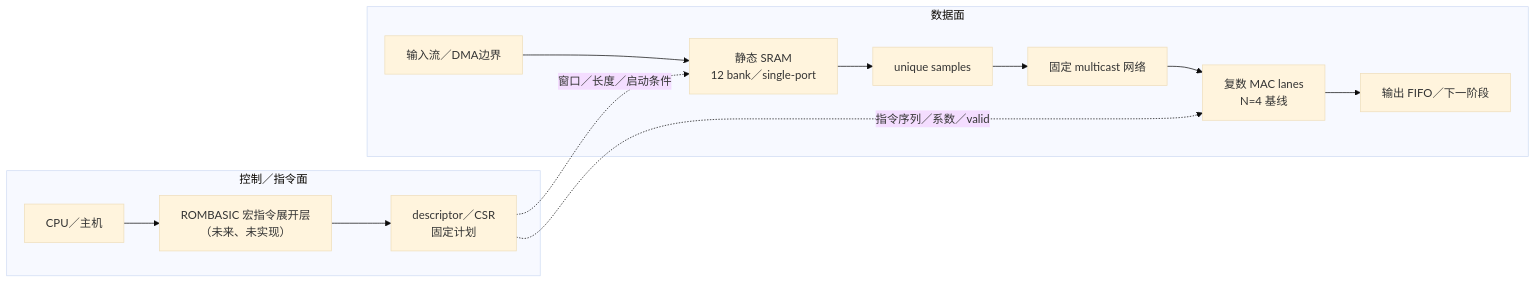
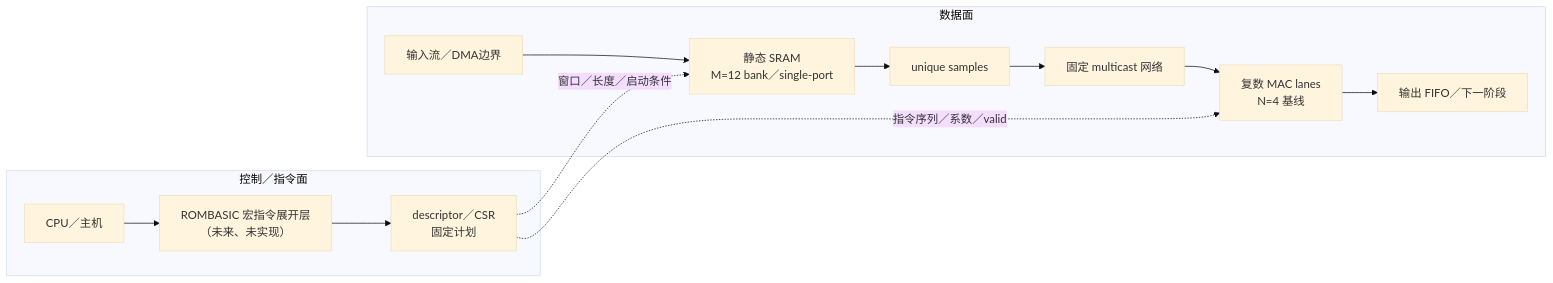
One commit to HN19781124/banked-stencil-multicast changed the first of 2 diagrams in README.zh-Hans.md. Above: the diagram before and after it, drawn with Mermaid (base theme). The commit also changed other lines of this file and 36 other files, not shown here.

```diff
--- a/README.zh-Hans.md
+++ b/README.zh-Hans.md
@@ -22,20 +22,20 @@
 ~~~mermaid
 flowchart LR
     subgraph CTRL["控制／指令面"]
         CPU["CPU／主机"]
         ROM["ROMBASIC 宏指令展开层<br/>（未来、未实现）"]
         CFG["descriptor／CSR<br/>固定计划"]
         CPU --> ROM --> CFG
     end
 
     subgraph DATA["数据面"]
-        IN["输入流／DMA边界"] --> SRAM["静态 SRAM<br/>12 bank／single-port"]
+        IN["输入流／DMA边界"] --> SRAM["静态 SRAM<br/>M=12 bank／single-port"]
         SRAM --> UNIQUE["unique samples"]
         UNIQUE --> MCAST["固定 multicast 网络"]
         MCAST --> MAC["复数 MAC lanes<br/>N=4 基线"]
         MAC --> OUT["输出 FIFO／下一阶段"]
     end
 
     CFG -. "窗口／长度／启动条件" .-> SRAM
     CFG -. "指令序列／系数／valid" .-> MAC
 ~~~
```
